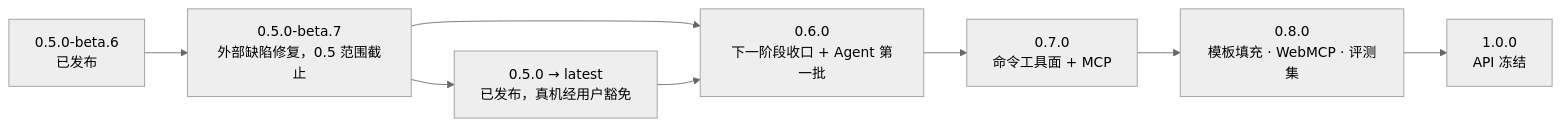
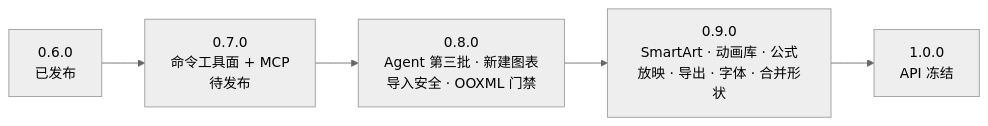
One commit to unStone/web-ppt changed the second of 4 diagrams in docs/roadmap.md. Above: the diagram before and after it, drawn with Mermaid (neutral theme). The commit also changed other lines of this file and 25 other files, not shown here.

First line of the commit message:
docs: 按当前进度重整 roadmap，新增桌面能力补齐地图

````diff
--- a/docs/roadmap.md
+++ b/docs/roadmap.md
@@ -179,10 +194,7 @@
 ```mermaid
 flowchart LR
-    B6["0.5.0-beta.6<br/>已发布"] --> B7["0.5.0-beta.7<br/>外部缺陷修复，0.5 范围截止"]
-    B7 --> S5["0.5.0 → latest<br/>已发布，真机经用户豁免"]
-    B7 --> V6["0.6.0<br/>下一阶段收口 + Agent 第一批"]
-    V6 --> V7["0.7.0<br/>命令工具面 + MCP"]
-    V7 --> V8["0.8.0<br/>模板填充 · WebMCP · 评测集"]
-    V8 --> V1["1.0.0<br/>API 冻结"]
-    S5 --> V6
+    V6["0.6.0<br/>已发布"] --> V7["0.7.0<br/>命令工具面 + MCP<br/>待发布"]
+    V7 --> V8["0.8.0<br/>Agent 第三批 · 新建图表<br/>导入安全 · OOXML 门禁"]
+    V8 --> V9["0.9.0<br/>SmartArt · 动画库 · 公式<br/>放映 · 导出 · 字体 · 合并形状"]
+    V9 --> V1["1.0.0<br/>API 冻结"]
 ```
````
